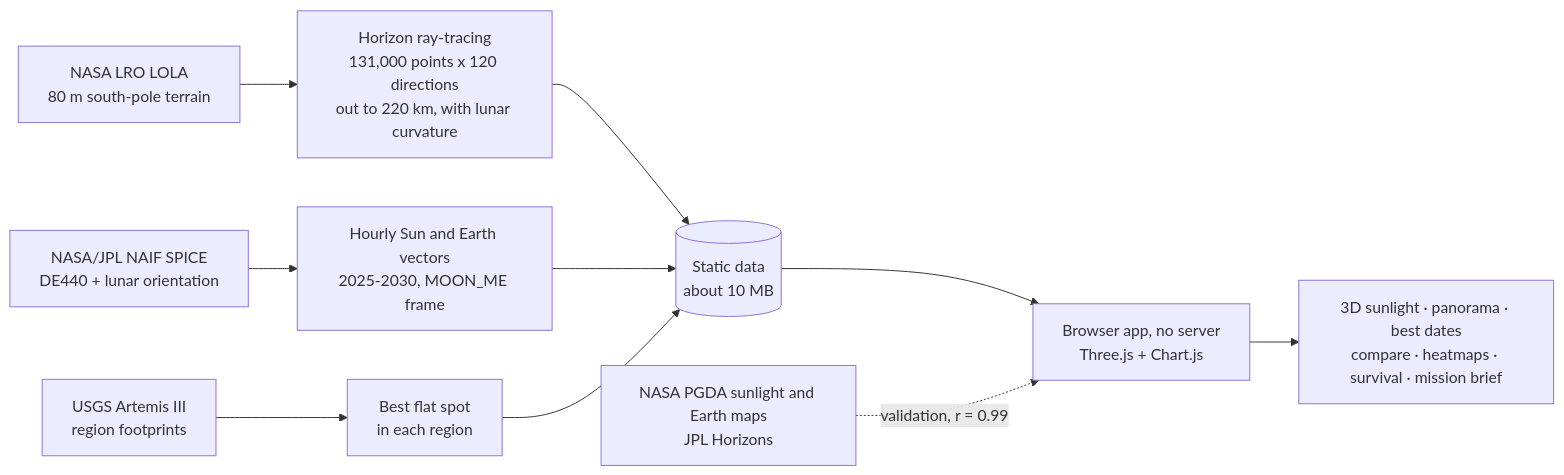
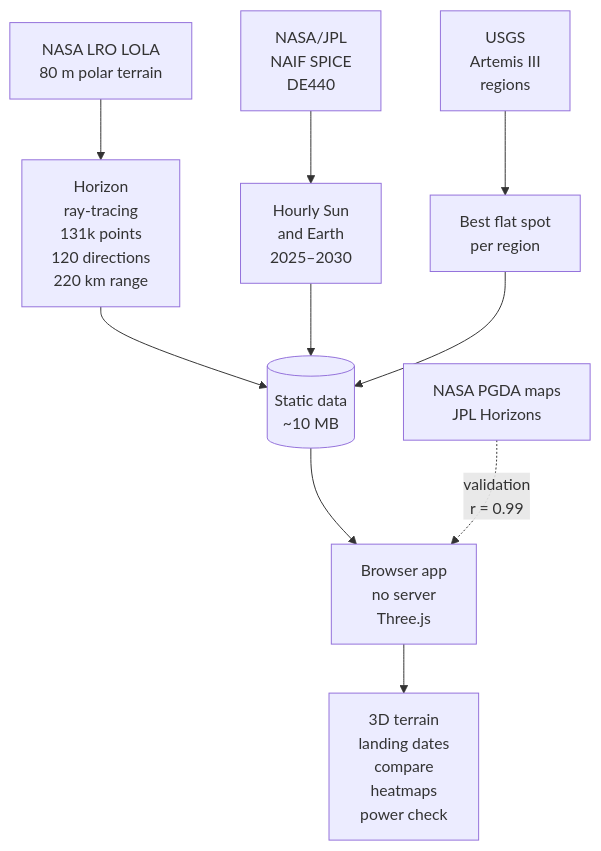
Before and after one commit to Amirtheshwaran/polaris-window: the diagram in README.md, drawn with Mermaid. The commit also changed other lines of this file and 8 other files, not shown here.

````diff
--- a/README.md
+++ b/README.md
@@ -61,12 +64,12 @@
 ```mermaid
-flowchart LR
-  A["NASA LRO LOLA<br/>80 m south-pole terrain"] --> B["Horizon ray-tracing<br/>131,000 points x 120 directions<br/>out to 220 km, with lunar curvature"]
-  C["NASA/JPL NAIF SPICE<br/>DE440 + lunar orientation"] --> D["Hourly Sun and Earth vectors<br/>2025-2030, MOON_ME frame"]
-  E["USGS Artemis III<br/>region footprints"] --> F["Best flat spot<br/>in each region"]
-  B --> G[("Static data<br/>about 10 MB")]
+flowchart TD
+  A["NASA LRO LOLA<br/>80 m polar terrain"] --> B["Horizon<br/>ray-tracing<br/>131k points<br/>120 directions<br/>220 km range"]
+  C["NASA/JPL<br/>NAIF SPICE<br/>DE440"] --> D["Hourly Sun<br/>and Earth<br/>2025–2030"]
+  E["USGS<br/>Artemis III<br/>regions"] --> F["Best flat spot<br/>per region"]
+  B --> G[("Static data<br/>~10 MB")]
   D --> G
   F --> G
-  G --> H["Browser app, no server<br/>Three.js + Chart.js"]
-  H --> I["3D sunlight · panorama · best dates<br/>compare · heatmaps · survival · mission brief"]
-  J["NASA PGDA sunlight and Earth maps<br/>JPL Horizons"] -. "validation, r = 0.99" .-> H
+  G --> H["Browser app<br/>no server<br/>Three.js"]
+  H --> I["3D terrain<br/>landing dates<br/>compare<br/>heatmaps<br/>power check"]
+  J["NASA PGDA maps<br/>JPL Horizons"] -. "validation<br/>r = 0.99" .-> H
 ```
````
